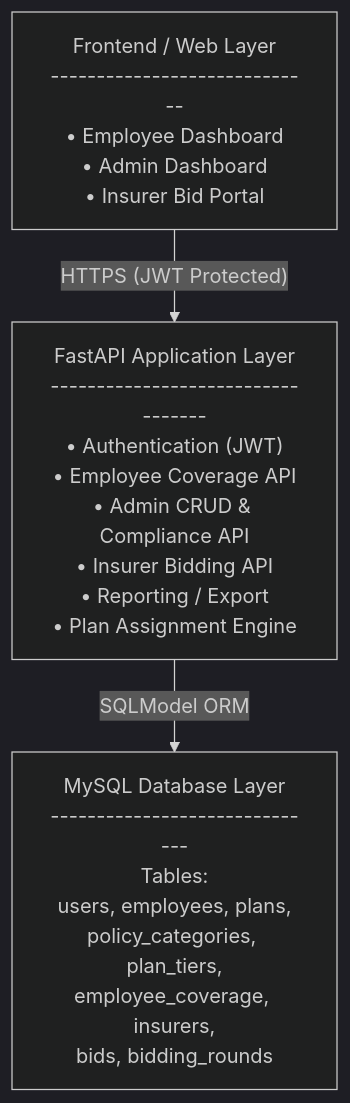
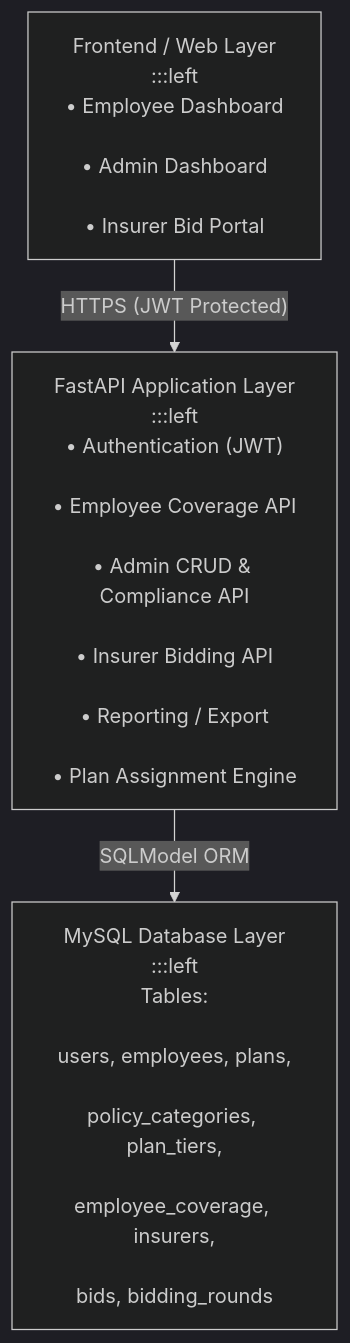
One commit to Sally-Gaohuang/tcx3901 changed the diagram in README.md. Above: the diagram before and after it, drawn with Mermaid (dark theme). The commit also changed other lines of this file, not shown here.

````diff
--- a/README.md
+++ b/README.md
@@ -81,32 +81,29 @@
 ```mermaid
 flowchart TD
 
-Frontend["Frontend / Web Layer
------------------------------
-• Employee Dashboard
-• Admin Dashboard
+Frontend["Frontend / Web Layer<br>:::left
+• Employee Dashboard<br>
+• Admin Dashboard<br>
 • Insurer Bid Portal"]
 
 
-FastAPI["FastAPI Application Layer
-----------------------------------
-• Authentication (JWT)
-• Employee Coverage API
-• Admin CRUD & Compliance API
-• Insurer Bidding API
-• Reporting / Export
+FastAPI["FastAPI Application Layer<br>:::left
+• Authentication (JWT)<br>
+• Employee Coverage API<br>
+• Admin CRUD & Compliance API<br>
+• Insurer Bidding API<br>
+• Reporting / Export<br>
 • Plan Assignment Engine"]
 
 
-Database["MySQL Database Layer
-------------------------------
-Tables:
-users, employees, plans,
-policy_categories, plan_tiers,
-employee_coverage, insurers,
+Database["MySQL Database Layer<br>:::left
+Tables:<br>
+users, employees, plans,<br>
+policy_categories, plan_tiers,<br>
+employee_coverage, insurers,<br>
 bids, bidding_rounds"]
 
 
 Frontend -->|"HTTPS (JWT Protected)"| FastAPI
 FastAPI -->|"SQLModel ORM"| Database
 ```
````
